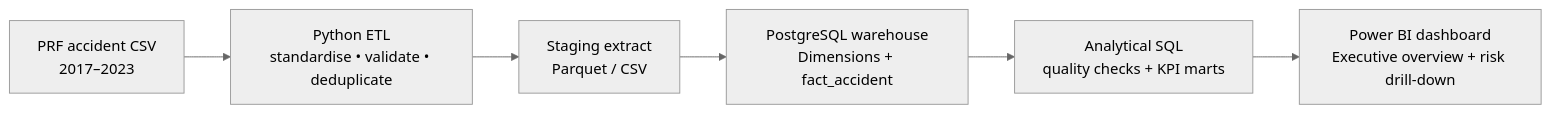
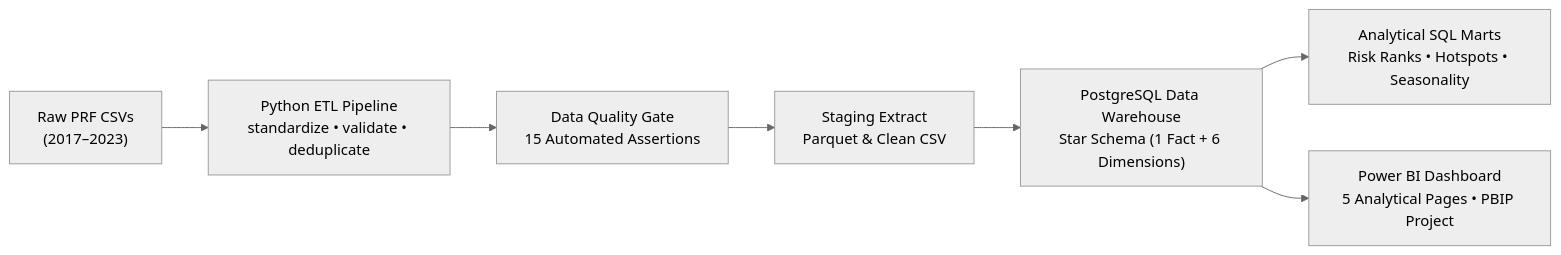
The diagram in README.md (TrungPham233/Brazilian-Road-Traffic-Accidents-Data-Warehouse), drawn with Mermaid (neutral theme) before and after one commit. The commit also changed other lines of this file and 97 other files, not shown here.

````diff
--- a/README.md
+++ b/README.md
@@ -46,8 +28,9 @@
 ```mermaid
 flowchart LR
-    A["PRF accident CSV\n2017–2023"] --> B["Python ETL\nstandardise • validate • deduplicate"]
-    B --> C["Staging extract\nParquet / CSV"]
-    C --> D["PostgreSQL warehouse\nDimensions + fact_accident"]
-    D --> E["Analytical SQL\nquality checks + KPI marts"]
-    E --> F["Power BI dashboard\nExecutive overview + risk drill-down"]
+    A["Raw PRF CSVs\n(2017–2023)"] --> B["Python ETL Pipeline\nstandardize • validate • deduplicate"]
+    B --> C["Data Quality Gate\n15 Automated Assertions"]
+    C --> D["Staging Extract\nParquet & Clean CSV"]
+    D --> E["PostgreSQL Data Warehouse\nStar Schema (1 Fact + 6 Dimensions)"]
+    E --> F["Analytical SQL Marts\nRisk Ranks • Hotspots • Seasonality"]
+    E --> G["Power BI Dashboard\n5 Analytical Pages • PBIP Project"]
 ```
````
